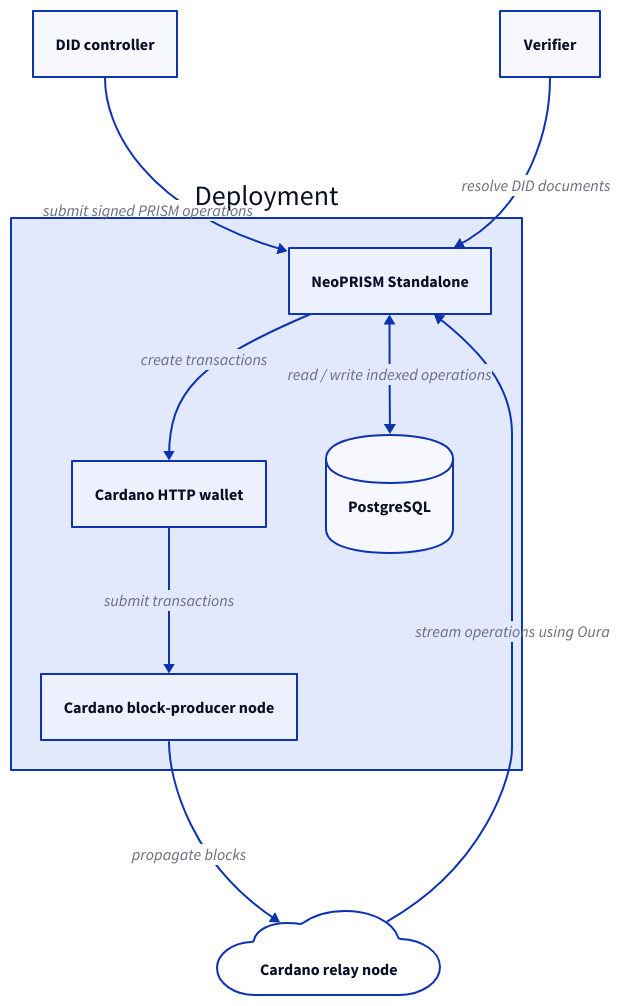
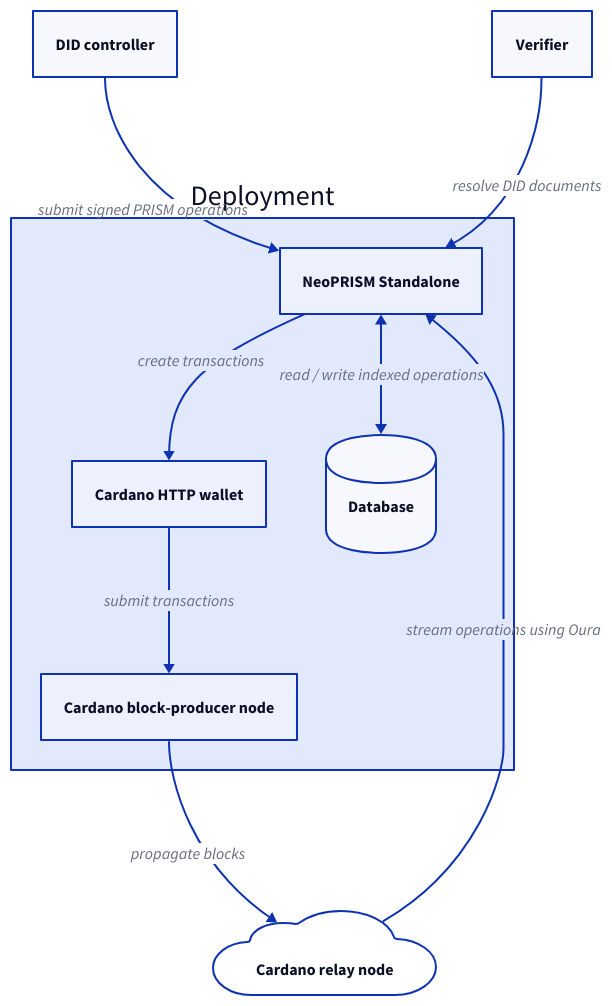
Before and after one commit to hyperledger-identus/neoprism: the first of 2 diagrams in docs/src/architecture/README.md, drawn with D2. The commit also changed other lines of this file and 42 other files, not shown here.

````diff
--- a/docs/src/architecture/README.md
+++ b/docs/src/architecture/README.md
@@ -18,25 +20,25 @@
 ```d2
 did-controller: "DID controller"
 verifier: "Verifier"
 cardano-node: "Cardano relay node" {
   shape: cloud
 }
 
 internal: "Deployment" {
   neoprism: "NeoPRISM Standalone"
   cardano-wallet: "Cardano HTTP wallet"
   cardano-blockproducer: "Cardano block-producer node"
-  db: "PostgreSQL" {
+  db: "Database" {
     shape: cylinder
   }
 
   neoprism -> cardano-wallet: create transactions
   neoprism <-> db: read / write indexed operations
   cardano-wallet -> cardano-blockproducer: submit transactions
 }
 
 internal.neoprism <- cardano-node: stream operations using Oura
 did-controller -> internal.neoprism: submit signed PRISM operations
 verifier -> internal.neoprism: resolve DID documents
 internal.cardano-blockproducer -> cardano-node: propagate blocks
 ```
````
